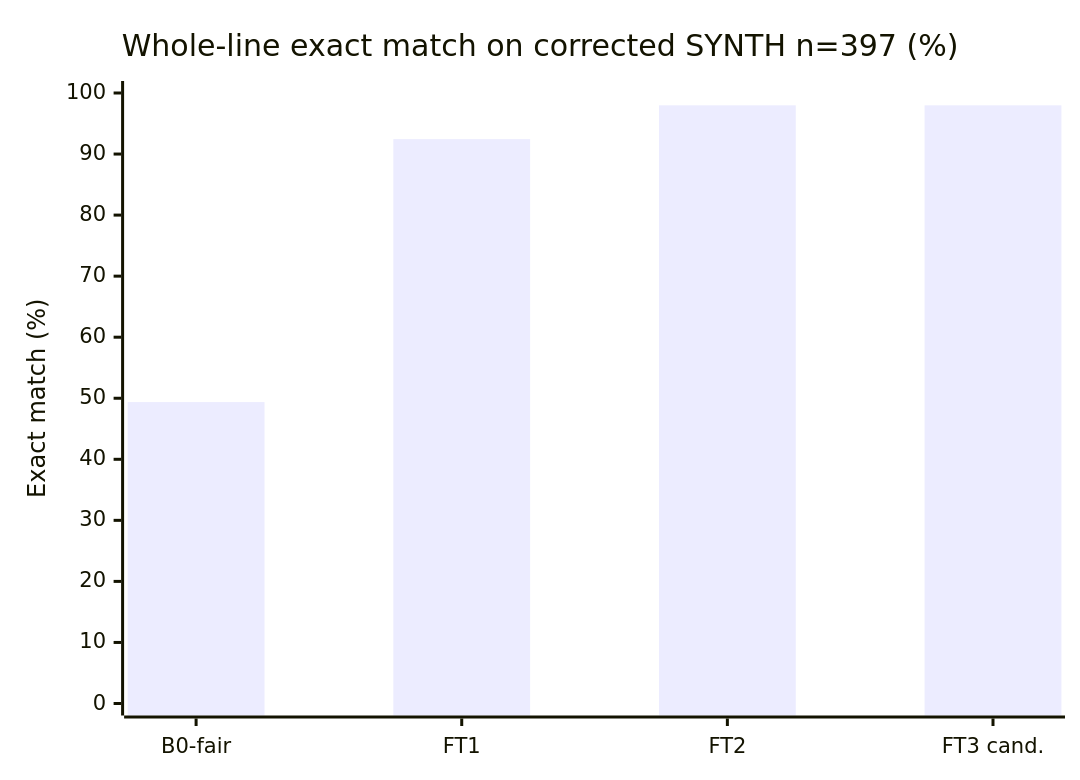
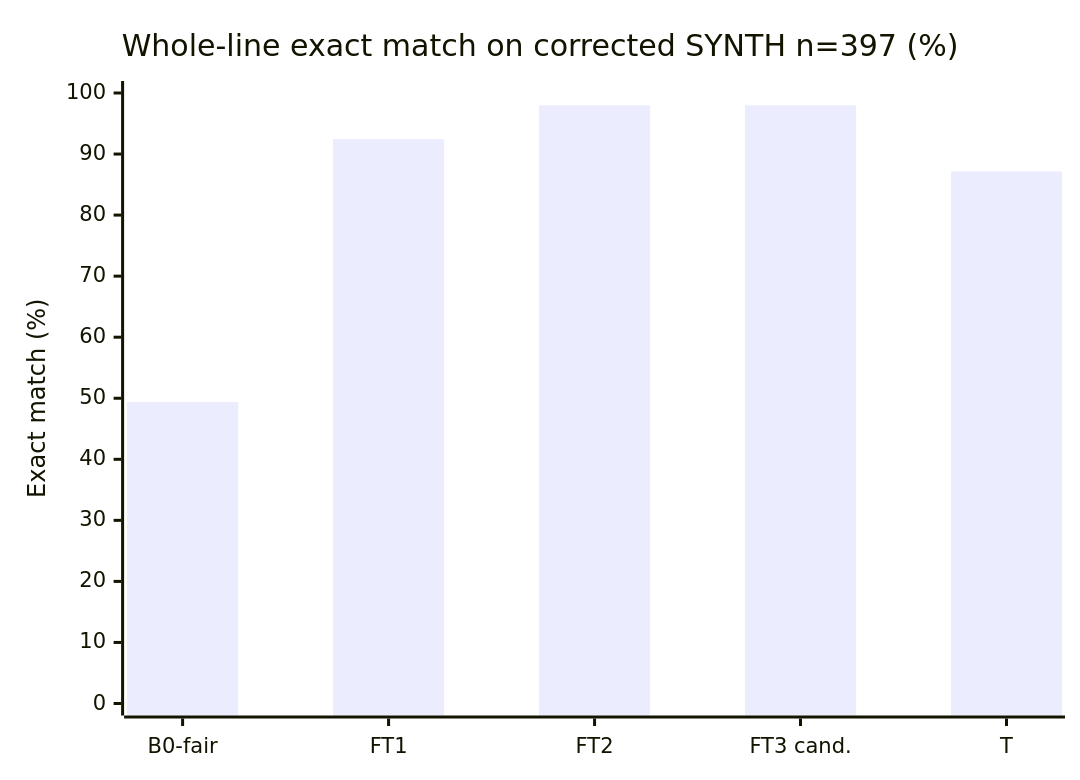
The third of 4 diagrams in eval/results.md (Vedant817/aaji-pill-clerk), drawn with Mermaid before and after one commit. The commit also changed other lines of this file and 8 other files, not shown here.

````diff
--- a/eval/results.md
+++ b/eval/results.md
@@ -169,7 +173,7 @@
 ```mermaid
 xychart-beta
     title "Whole-line exact match on corrected SYNTH n=397 (%)"
-    x-axis ["B0-fair", "FT1", "FT2", "FT3 cand."]
+    x-axis ["B0-fair", "FT1", "FT2", "FT3 cand.", "T"]
     y-axis "Exact match (%)" 0 --> 100
-    bar [49.37, 92.44, 97.98, 97.98]
+    bar [49.37, 92.44, 97.98, 97.98, 87.15]
 ```
````
